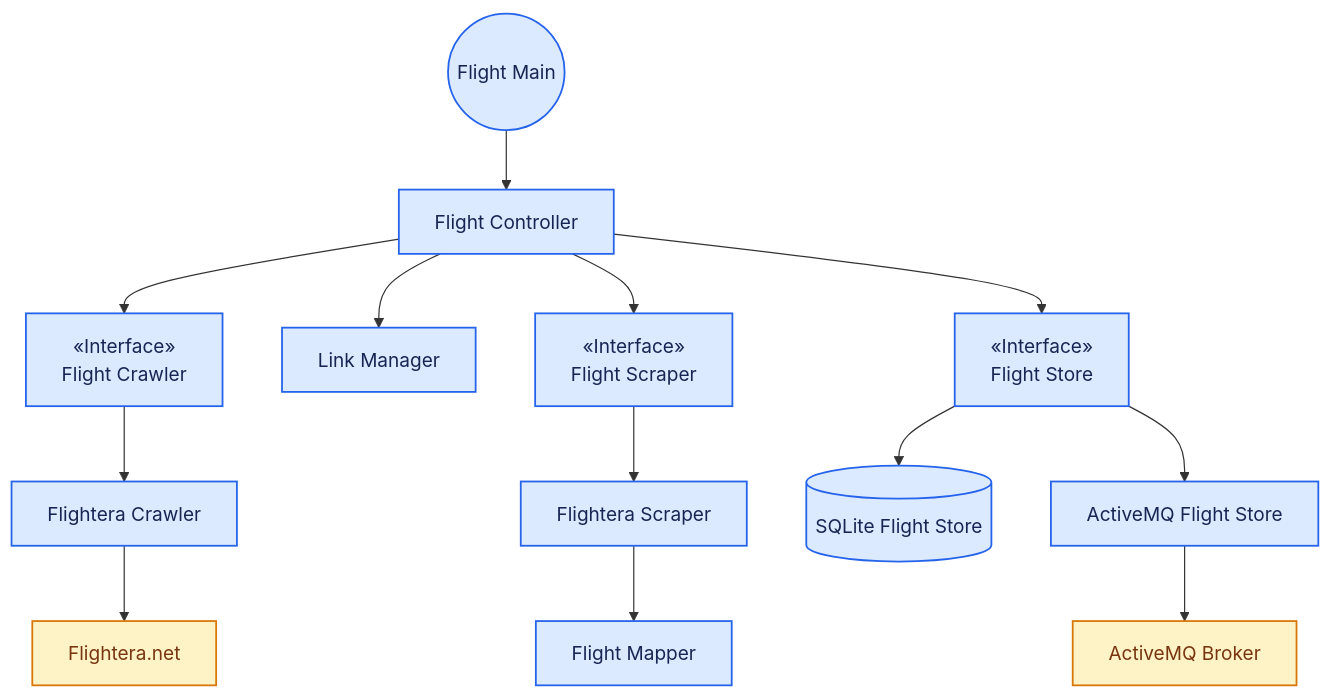
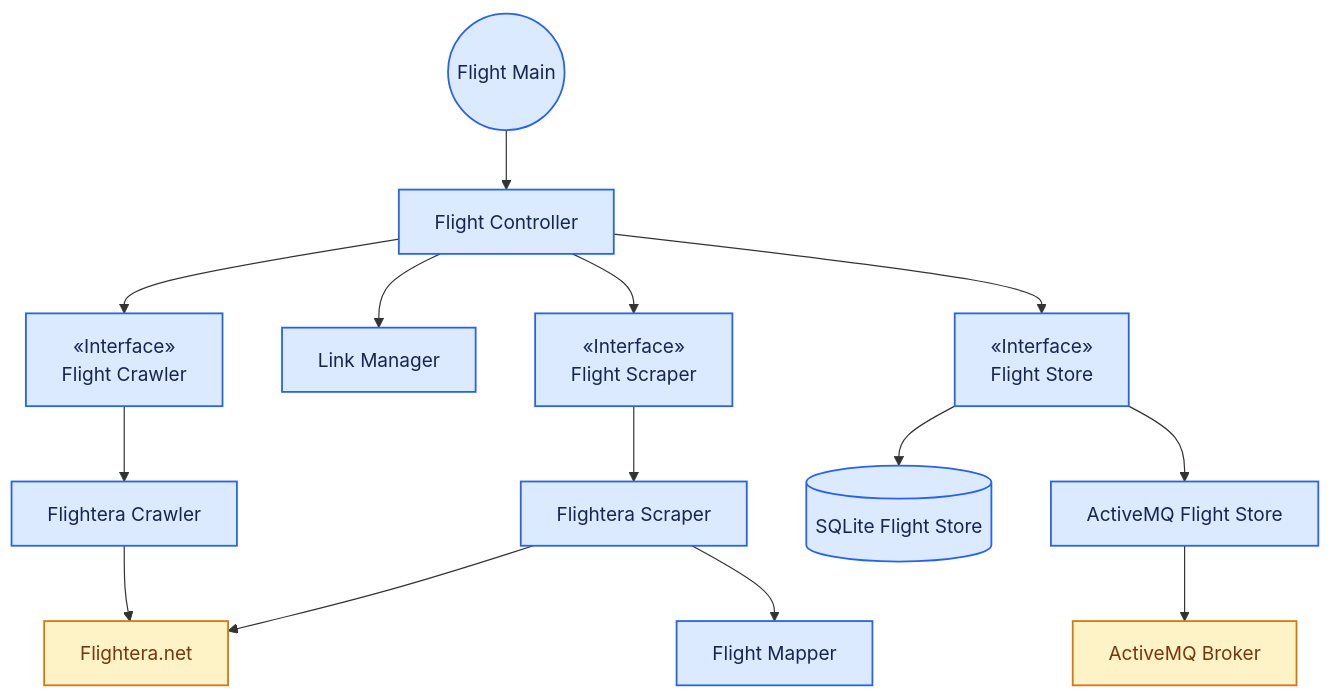
One commit to NoVibesJustCode/sky-delay-forecast changed the third of 5 diagrams in README.md. Above: the diagram before and after it, drawn with Mermaid.

Commit message:
docs: fix module diagrams

````diff
--- a/README.md
+++ b/README.md
@@ -339,52 +339,53 @@
 ```mermaid
 flowchart TD
   node_flight_main(("Flight Main")):::toneBlue
   node_flight_controller["Flight Controller"]:::toneBlue
   node_flight_crawler_interface["«Interface» 
   Flight Crawler"]:::toneBlue
   node_flightera_crawler["Flightera Crawler"]:::toneBlue
   node_link_manager["Link Manager"]:::toneBlue
   node_flight_scraper_interface["«Interface» 
   Flight Scraper"]:::toneBlue
   node_flightera_scraper["Flightera Scraper"]:::toneBlue
   node_flight_mapper["Flight Mapper"]:::toneBlue
   node_flight_store_interface["«Interface» 
   Flight Store"]:::toneBlue
   node_flight_sqlite[("SQLite Flight Store")]:::toneBlue
   node_flight_amq["ActiveMQ Flight Store"]:::toneBlue
   node_flight_site["Flightera.net"]:::toneAmber
   node_amq["ActiveMQ Broker"]:::toneAmber
 
   node_flight_main --> node_flight_controller
   
   %% Controller orchestrating all components
   node_flight_controller --> node_flight_crawler_interface
   node_flight_controller --> node_link_manager
   node_flight_controller --> node_flight_scraper_interface
   node_flight_controller --> node_flight_store_interface
   
   node_flight_crawler_interface --> node_flightera_crawler
   node_flightera_crawler --> node_flight_site
   
   node_flight_scraper_interface --> node_flightera_scraper
   node_flightera_scraper --> node_flight_mapper
+  node_flightera_scraper --> node_flight_site
   
   node_flight_store_interface --> node_flight_sqlite
   node_flight_store_interface --> node_flight_amq
   node_flight_amq --> node_amq
 
   click node_flight_main "https://github.com/novibesjustcode/sky-delay-forecast/blob/dev/flight-status-feeder/src/main/java/es/ulpgc/dacd/skydelay/flights/Main.java"
   click node_flight_controller "https://github.com/novibesjustcode/sky-delay-forecast/blob/dev/flight-status-feeder/src/main/java/es/ulpgc/dacd/skydelay/flights/control/Controller.java"
   click node_flight_crawler_interface "https://github.com/novibesjustcode/sky-delay-forecast/blob/dev/flight-status-feeder/src/main/java/es/ulpgc/dacd/skydelay/flights/control/FlightCrawler.java"
   click node_flightera_crawler "https://github.com/novibesjustcode/sky-delay-forecast/blob/dev/flight-status-feeder/src/main/java/es/ulpgc/dacd/skydelay/flights/control/FlighteraCrawler.java"
   click node_link_manager "https://github.com/novibesjustcode/sky-delay-forecast/blob/dev/flight-status-feeder/src/main/java/es/ulpgc/dacd/skydelay/flights/control/LinkManager.java"
   click node_flight_scraper_interface "https://github.com/novibesjustcode/sky-delay-forecast/blob/dev/flight-status-feeder/src/main/java/es/ulpgc/dacd/skydelay/flights/control/FlightScraper.java"
   click node_flightera_scraper "https://github.com/novibesjustcode/sky-delay-forecast/blob/dev/flight-status-feeder/src/main/java/es/ulpgc/dacd/skydelay/flights/control/FlighteraScraper.java"
   click node_flight_mapper "https://github.com/novibesjustcode/sky-delay-forecast/blob/dev/flight-status-feeder/src/main/java/es/ulpgc/dacd/skydelay/flights/control/FlightMapper.java"
   click node_flight_sqlite "https://github.com/novibesjustcode/sky-delay-forecast/blob/dev/flight-status-feeder/src/main/java/es/ulpgc/dacd/skydelay/flights/control/SqliteFlightStore.java"
-  click node_flight_amq "https://github.com/novibesjustcode/sky-delay-forecast/blob/dev/flight-status-feeder/src/main/java/es/ulpgc/dacd/skydelay/flights/control/ActiveMqFlightStore.java"
-  click node_flight_site "flightera.net"
+  click node_flight_amq "https://github.com/novibesjustcode/sky-delay-forecast/blob/dev/flight-status-feeder/src/main/java/es/ulpgc/dacd/skydelay/flights/control/ActiveMqFlightStore.java" _blank
+  click node_flight_site "https://www.flightera.net" _blank
 
   classDef toneBlue fill:#dbeafe,stroke:#2563eb,stroke-width:1.5px,color:#172554
   classDef toneAmber fill:#fef3c7,stroke:#d97706,stroke-width:1.5px,color:#78350f
 ```
````
